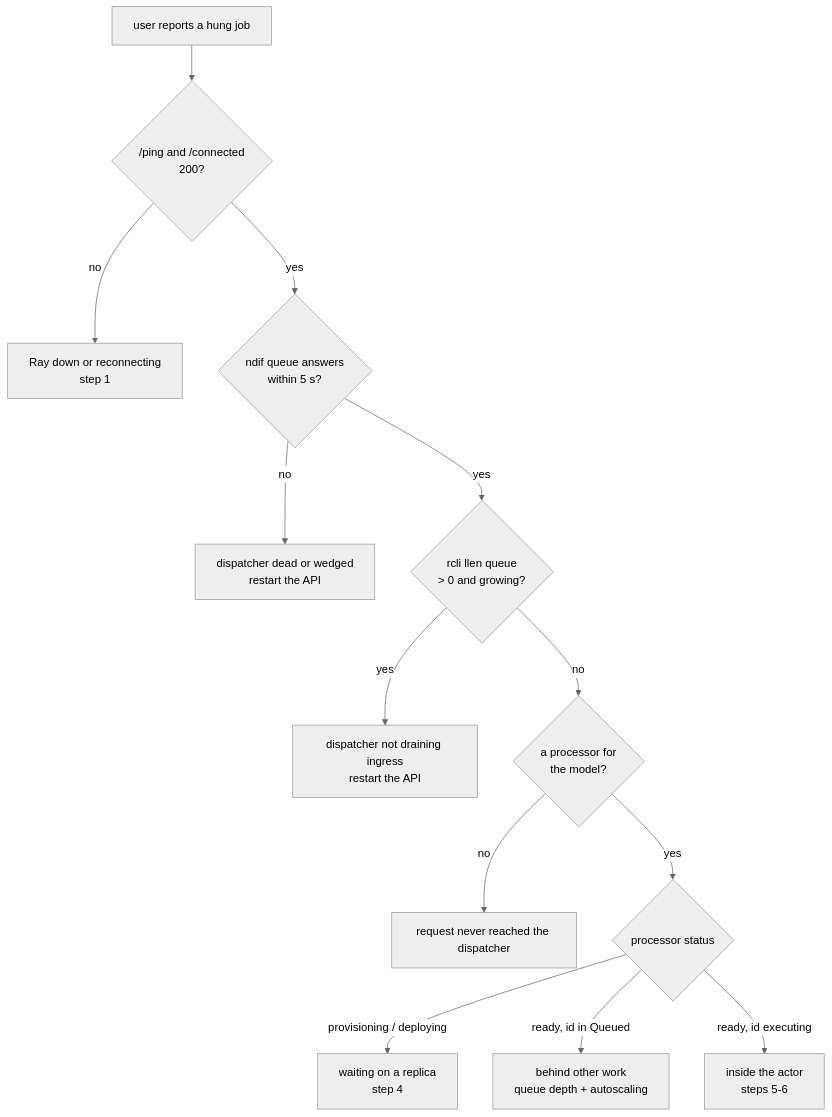
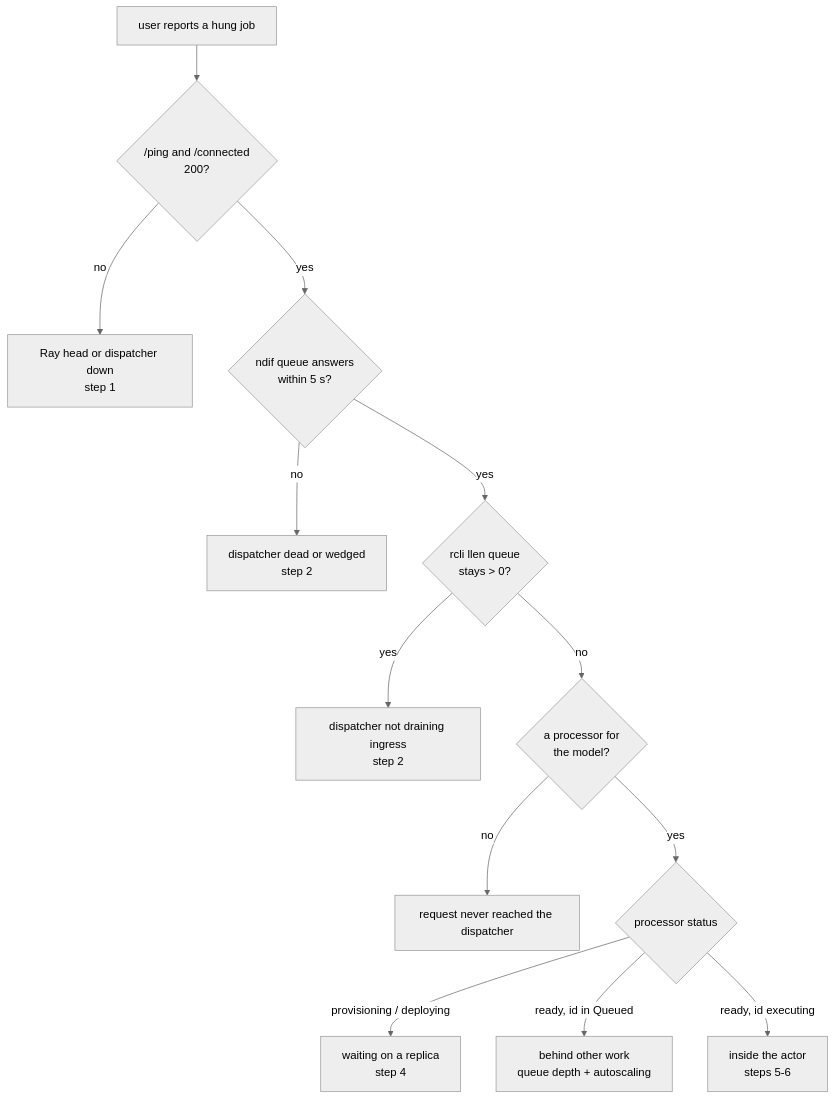
The diagram in docs/runbooks/debug-a-stuck-request.md (ndif-team/ndif), drawn with Mermaid (neutral theme) before and after one commit. The commit also changed other lines of this file and 52 other files, not shown here.

````diff
--- a/docs/runbooks/debug-a-stuck-request.md
+++ b/docs/runbooks/debug-a-stuck-request.md
@@ -56,15 +58,15 @@
 ```mermaid
 flowchart TB
     A[user reports a hung job] --> B{"/ping and /connected<br/>200?"}
-    B -- no --> B1[Ray down or reconnecting<br/>step 1]
+    B -- no --> B1[Ray head or dispatcher down<br/>step 1]
     B -- yes --> Q{"ndif queue answers<br/>within 5 s?"}
-    Q -- no --> Q1[dispatcher dead or wedged<br/>restart the API]
-    Q -- yes --> C{"rcli llen queue<br/>&gt; 0 and growing?"}
-    C -- yes --> C1[dispatcher not draining ingress<br/>restart the API]
+    Q -- no --> Q1[dispatcher dead or wedged<br/>step 2]
+    Q -- yes --> C{"rcli llen queue<br/>stays &gt; 0?"}
+    C -- yes --> C1[dispatcher not draining ingress<br/>step 2]
     C -- no --> D{"a processor for<br/>the model?"}
     D -- no --> D1[request never reached the dispatcher]
     D -- yes --> E{processor status}
     E -- provisioning / deploying --> E1[waiting on a replica<br/>step 4]
     E -- ready, id in Queued --> E2[behind other work<br/>queue depth + autoscaling]
     E -- ready, id executing --> F[inside the actor<br/>steps 5-6]
 ```
````
